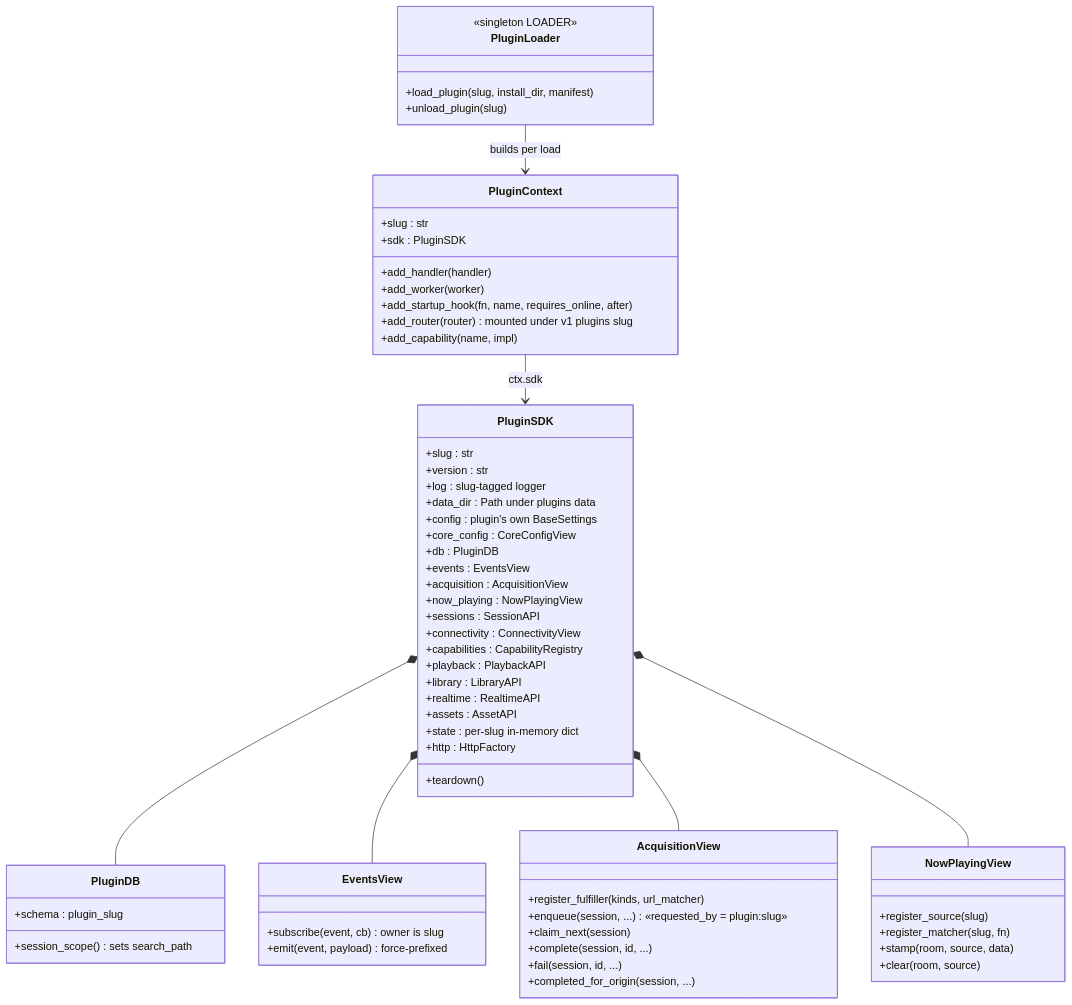
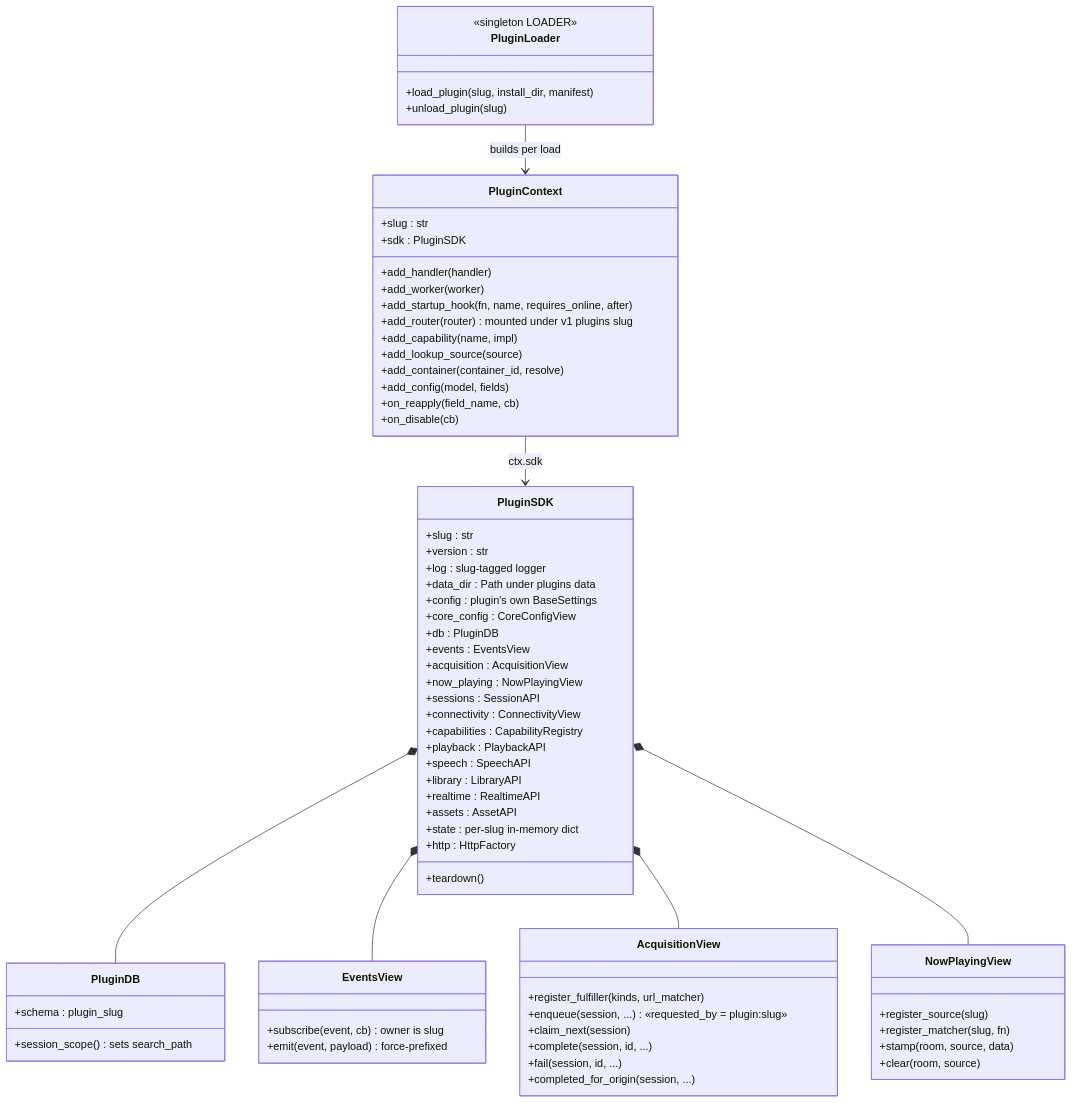
Before and after one commit to coders-farm-official/domovoi: the third of 3 diagrams in docs/uml/plugins-runtime.md, drawn with Mermaid. The commit also changed other lines of this file and 9 other files, not shown here.

Commit message:
Docs: apply the architecture, diagram, Home Assistant, API prose and container guard edits, with the chat drafts, letters and voice documents sections [skip ci]

````diff
--- a/docs/uml/plugins-runtime.md
+++ b/docs/uml/plugins-runtime.md
@@ -132,67 +139,73 @@
 ```mermaid
 classDiagram
     class PluginLoader {
         <<singleton LOADER>>
         +load_plugin(slug, install_dir, manifest)
         +unload_plugin(slug)
     }
     class PluginContext {
         +slug : str
         +sdk : PluginSDK
         +add_handler(handler)
         +add_worker(worker)
         +add_startup_hook(fn, name, requires_online, after)
         +add_router(router) mounted under v1 plugins slug
         +add_capability(name, impl)
+        +add_lookup_source(source)
+        +add_container(container_id, resolve)
+        +add_config(model, fields)
+        +on_reapply(field_name, cb)
+        +on_disable(cb)
     }
     class PluginSDK {
         +slug : str
         +version : str
         +log : slug-tagged logger
         +data_dir : Path under plugins data
         +config : plugin's own BaseSettings
         +core_config : CoreConfigView
         +db : PluginDB
         +events : EventsView
         +acquisition : AcquisitionView
         +now_playing : NowPlayingView
         +sessions : SessionAPI
         +connectivity : ConnectivityView
         +capabilities : CapabilityRegistry
         +playback : PlaybackAPI
+        +speech : SpeechAPI
         +library : LibraryAPI
         +realtime : RealtimeAPI
         +assets : AssetAPI
         +state : per-slug in-memory dict
         +http : HttpFactory
         +teardown()
     }
     class PluginDB {
         +schema : plugin_slug
         +session_scope() sets search_path
     }
     class EventsView {
         +subscribe(event, cb) owner is slug
         +emit(event, payload) force-prefixed
     }
     class AcquisitionView {
         +register_fulfiller(kinds, url_matcher)
         +enqueue(session, ...)  «requested_by = plugin:slug»
         +claim_next(session)
         +complete(session, id, ...)
         +fail(session, id, ...)
         +completed_for_origin(session, ...)
     }
     class NowPlayingView {
         +register_source(slug)
         +register_matcher(slug, fn)
         +stamp(room, source, data)
         +clear(room, source)
     }
     PluginLoader --> PluginContext : builds per load
     PluginContext --> PluginSDK : ctx.sdk
     PluginSDK *-- PluginDB
     PluginSDK *-- EventsView
     PluginSDK *-- AcquisitionView
     PluginSDK *-- NowPlayingView
 ```
````
